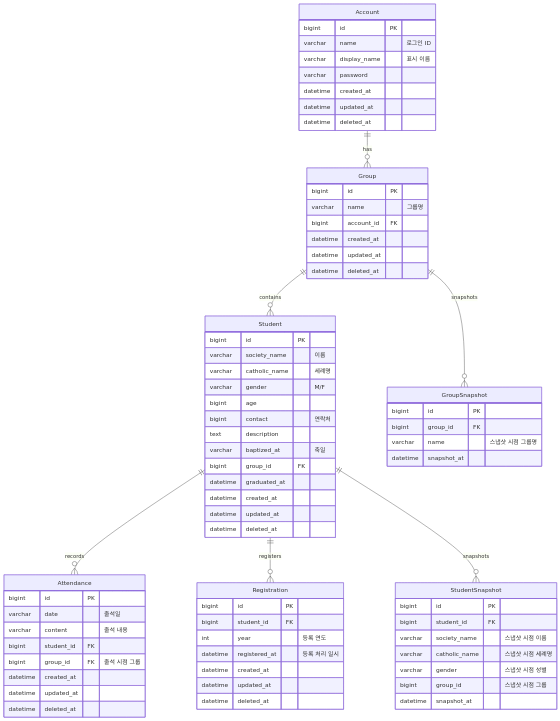
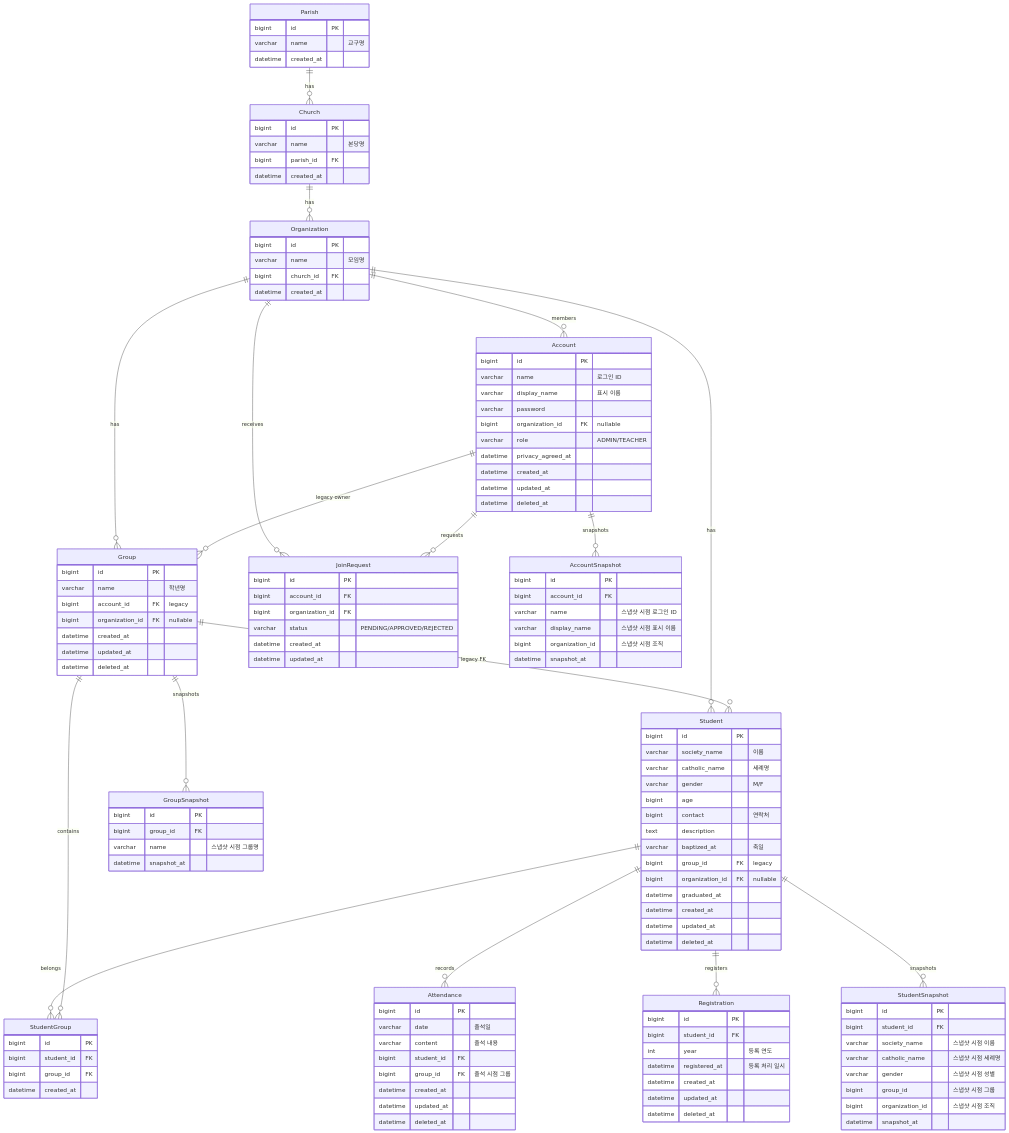
One commit to dc-choi/school-manage changed the second of 2 diagrams in README.md. Above: the diagram before and after it, drawn with Mermaid. The commit also changed other lines of this file and 114 other files, not shown here.

````diff
--- a/README.md
+++ b/README.md
@@ -83,26 +84,69 @@
 ```mermaid
 erDiagram
-    Account ||--o{ Group : has
-    Group ||--o{ Student : contains
+    Parish ||--o{ Church : has
+    Church ||--o{ Organization : has
+    Organization ||--o{ Account : members
+    Organization ||--o{ Group : has
+    Organization ||--o{ Student : has
+    Organization ||--o{ JoinRequest : receives
+    Account ||--o{ Group : "legacy owner"
+    Account ||--o{ JoinRequest : requests
+    Account ||--o{ AccountSnapshot : snapshots
     Student ||--o{ Attendance : records
     Student ||--o{ Registration : registers
     Student ||--o{ StudentSnapshot : snapshots
+    Student ||--o{ StudentGroup : belongs
+    Group ||--o{ StudentGroup : contains
+    Group ||--o{ Student : "legacy FK"
     Group ||--o{ GroupSnapshot : snapshots
+
+    Parish {
+        bigint id PK
+        varchar name "교구명"
+        datetime created_at
+    }
+
+    Church {
+        bigint id PK
+        varchar name "본당명"
+        bigint parish_id FK
+        datetime created_at
+    }
+
+    Organization {
+        bigint id PK
+        varchar name "모임명"
+        bigint church_id FK
+        datetime created_at
+    }
 
     Account {
         bigint id PK
         varchar name "로그인 ID"
         varchar display_name "표시 이름"
         varchar password
+        bigint organization_id FK "nullable"
+        varchar role "ADMIN/TEACHER"
+        datetime privacy_agreed_at
         datetime created_at
         datetime updated_at
         datetime deleted_at
     }
 
+    JoinRequest {
+        bigint id PK
+        bigint account_id FK
+        bigint organization_id FK
+        varchar status "PENDING/APPROVED/REJECTED"
+        datetime created_at
+        datetime updated_at
+    }
+
     Group {
         bigint id PK
-        varchar name "그룹명"
-        bigint account_id FK
+        varchar name "학년명"
+        bigint account_id FK "legacy"
+        bigint organization_id FK "nullable"
         datetime created_at
         datetime updated_at
         datetime deleted_at
@@ -117,11 +161,19 @@
         bigint contact "연락처"
         text description
         varchar baptized_at "축일"
-        bigint group_id FK
+        bigint group_id FK "legacy"
+        bigint organization_id FK "nullable"
         datetime graduated_at
         datetime created_at
         datetime updated_at
         datetime deleted_at
+    }
+
+    StudentGroup {
+        bigint id PK
+        bigint student_id FK
+        bigint group_id FK
+        datetime created_at
     }
 
     Attendance {
@@ -152,6 +204,16 @@
         varchar catholic_name "스냅샷 시점 세례명"
         varchar gender "스냅샷 시점 성별"
         bigint group_id "스냅샷 시점 그룹"
+        bigint organization_id "스냅샷 시점 조직"
+        datetime snapshot_at
+    }
+
+    AccountSnapshot {
+        bigint id PK
+        bigint account_id FK
+        varchar name "스냅샷 시점 로그인 ID"
+        varchar display_name "스냅샷 시점 표시 이름"
+        bigint organization_id "스냅샷 시점 조직"
         datetime snapshot_at
     }
 
````
